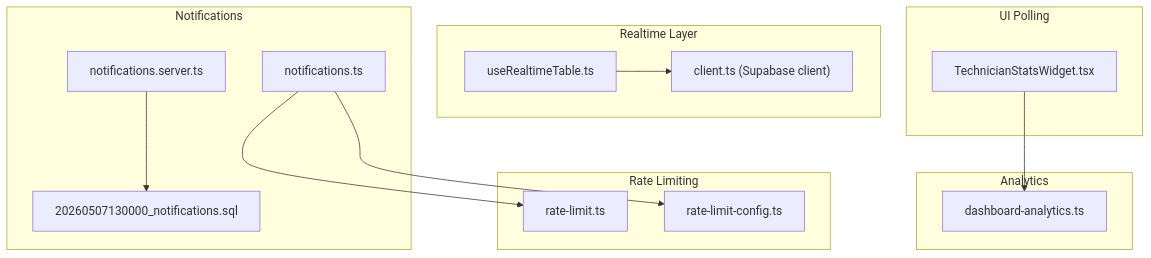
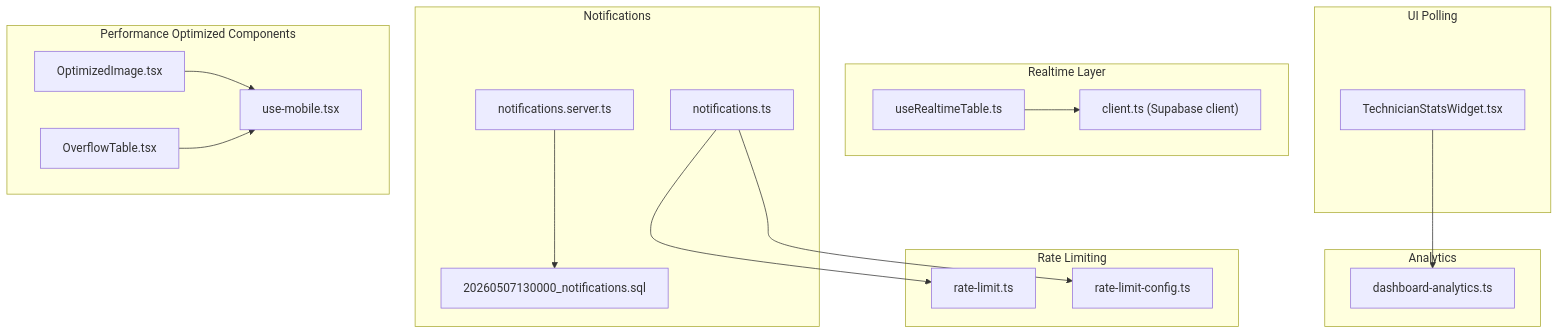
Before and after one commit to gastaldellomarco/pcReady: the first of 11 diagrams in .qoder/repowiki/en/content/Real-time Features/Performance Optimization.md, drawn with Mermaid. The commit also changed other lines of this file and 15 other files, not shown here.

````diff
--- a/.qoder/repowiki/en/content/Real-time Features/Performance Optimization.md
+++ b/.qoder/repowiki/en/content/Real-time Features/Performance Optimization.md
@@ -41,27 +59,34 @@
 ```mermaid
 graph TB
 subgraph "Realtime Layer"
 RT["useRealtimeTable.ts"]
 SB["client.ts (Supabase client)"]
 end
 subgraph "Rate Limiting"
 RL["rate-limit.ts"]
 RLC["rate-limit-config.ts"]
 end
 subgraph "Notifications"
 NTS["notifications.ts"]
 NTSS["notifications.server.ts"]
 NMS["20260507130000_notifications.sql"]
 end
 subgraph "UI Polling"
 TS["TechnicianStatsWidget.tsx"]
 end
 subgraph "Analytics"
 DA["dashboard-analytics.ts"]
 end
+subgraph "Performance Optimized Components"
+OIC["OptimizedImage.tsx"]
+OT["OverflowTable.tsx"]
+UM["use-mobile.tsx"]
+end
 RT --> SB
 NTS --> RL
 NTS --> RLC
 NTSS --> NMS
 TS --> DA
+OIC --> UM
+OT --> UM
 ```
````
